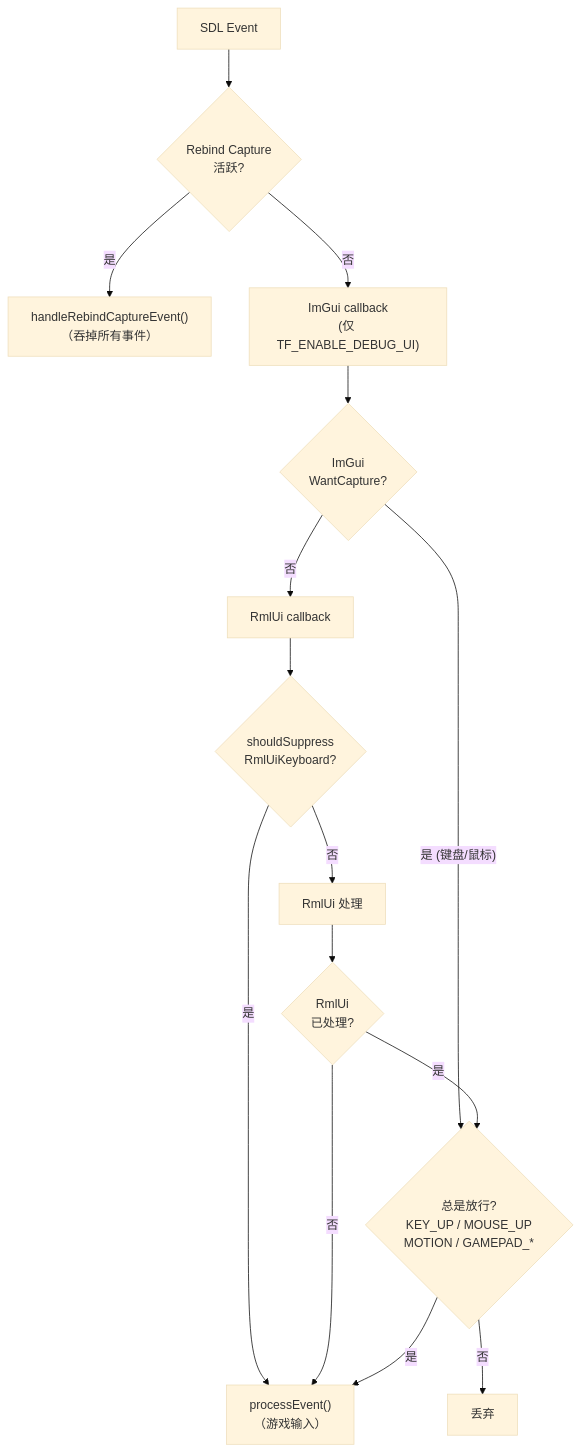
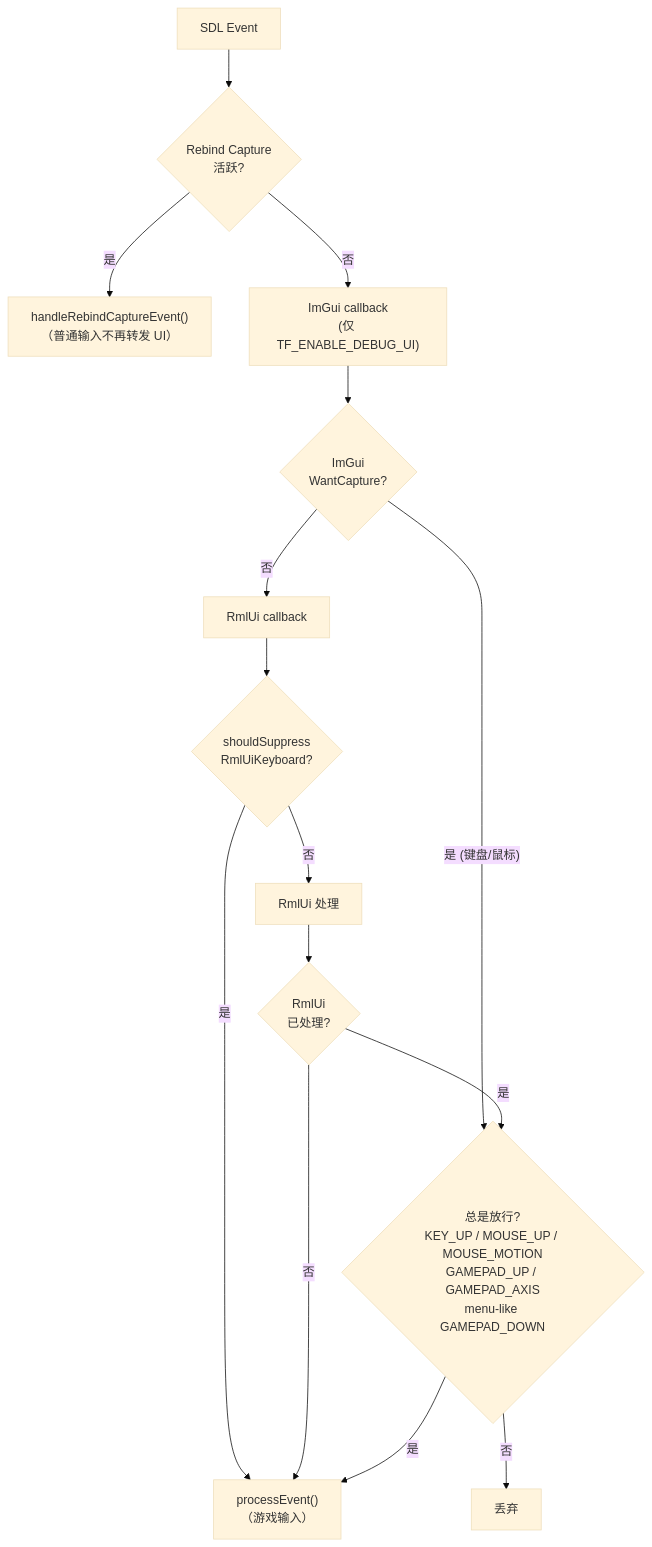
One commit to WispSnow/TinyFarmRPG changed diagram 15 of 16 in docs/engine/input_system.md. Above: the diagram before and after it, drawn with Mermaid (base theme). The commit also changed other lines of this file and 7 other files, not shown here.

````diff
--- a/docs/engine/input_system.md
+++ b/docs/engine/input_system.md
@@ -679,20 +682,20 @@
 ```mermaid
 flowchart TD
     SDL["SDL Event"] --> RBC{"Rebind Capture<br/>活跃?"}
-    RBC -->|是| RBH["handleRebindCaptureEvent()<br/>（吞掉所有事件）"]
+    RBC -->|是| RBH["handleRebindCaptureEvent()<br/>（普通输入不再转发 UI）"]
     RBC -->|否| IMGUI
 
     IMGUI["ImGui callback<br/>(仅 TF_ENABLE_DEBUG_UI)"] --> IGCAP{"ImGui<br/>WantCapture?"}
-    IGCAP -->|"是 (键盘/鼠标)"| ALWAYS{"总是放行?<br/>KEY_UP / MOUSE_UP<br/>MOTION / GAMEPAD_*"}
+    IGCAP -->|"是 (键盘/鼠标)"| ALWAYS{"总是放行?<br/>KEY_UP / MOUSE_UP / MOUSE_MOTION<br/>GAMEPAD_UP / GAMEPAD_AXIS<br/>menu-like GAMEPAD_DOWN"}
     IGCAP -->|否| RMLUI
 
     RMLUI["RmlUi callback"] --> SUP{"shouldSuppress<br/>RmlUiKeyboard?"}
     SUP -->|是| PE["processEvent()<br/>（游戏输入）"]
     SUP -->|否| RMLPROC["RmlUi 处理"]
     RMLPROC --> RMLCAP{"RmlUi<br/>已处理?"}
     RMLCAP -->|是| ALWAYS
     RMLCAP -->|否| PE
 
     ALWAYS -->|是| PE
     ALWAYS -->|否| DONE["丢弃"]
 ```
````
